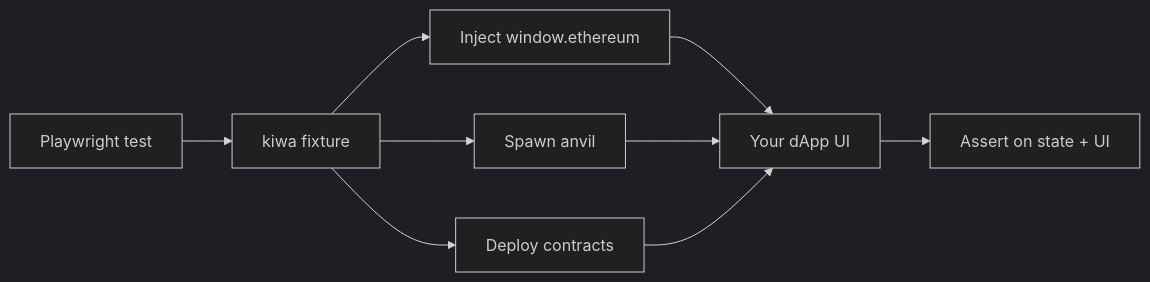
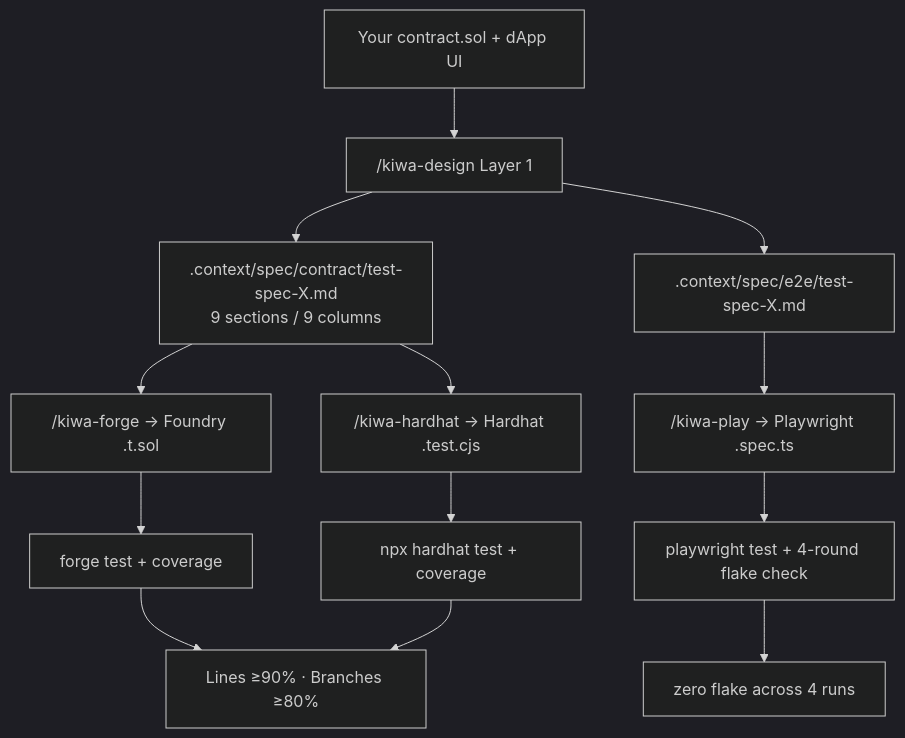
The diagram in README.md (cardene777/kiwa), drawn with Mermaid (dark theme) before and after one commit. The commit also changed other lines of this file and 1 other file, not shown here.

````diff
--- a/README.md
+++ b/README.md
@@ -35,11 +38,15 @@
 ```mermaid
-graph LR
-    A[Playwright test] --> B[kiwa fixture]
-    B --> C[Inject window.ethereum]
-    B --> D[Spawn anvil]
-    B --> E[Deploy contracts]
-    C --> F[Your dApp UI]
-    D --> F
-    E --> F
-    F --> G[Assert on state + UI]
+graph TD
+    A[Your contract.sol + dApp UI] --> B["/kiwa-design Layer 1"]
+    B --> C[.context/spec/contract/test-spec-X.md<br/>9 sections / 9 columns]
+    B --> D[.context/spec/e2e/test-spec-X.md]
+    C --> E["/kiwa-forge → Foundry .t.sol"]
+    C --> F["/kiwa-hardhat → Hardhat .test.cjs"]
+    D --> G["/kiwa-play → Playwright .spec.ts"]
+    E --> H[forge test + coverage]
+    F --> I[npx hardhat test + coverage]
+    G --> J[playwright test + 4-round flake check]
+    H --> K[Lines ≥90% · Branches ≥80%]
+    I --> K
+    J --> L[zero flake across 4 runs]
 ```
````
